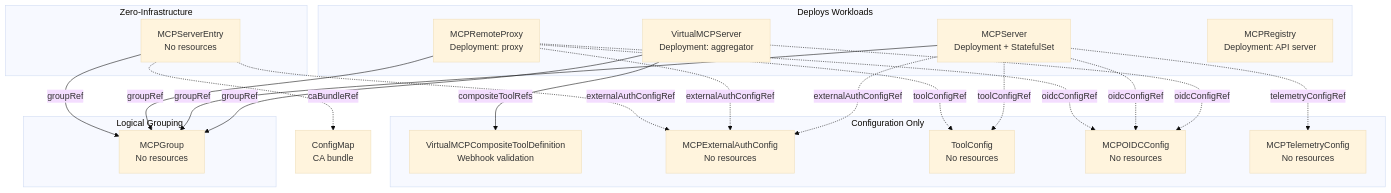
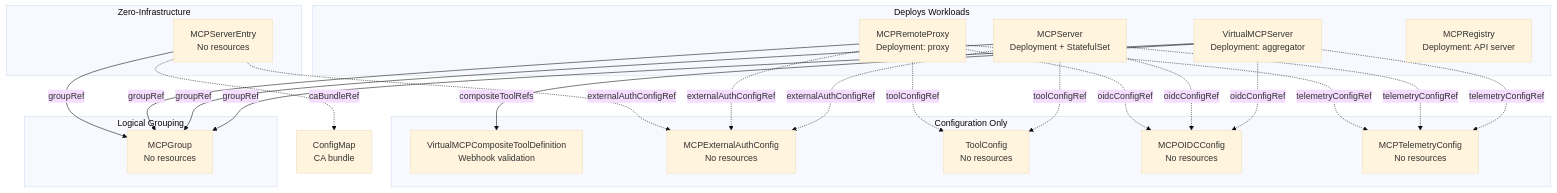
Before and after one commit to stacklok/toolhive: the second of 4 diagrams in docs/arch/09-operator-architecture.md, drawn with Mermaid (base theme). The commit also changed other lines of this file and 15 other files, not shown here.

First line of the commit message:
Address code review feedback for VirtualMCPServer TelemetryConfigRef

````diff
--- a/docs/arch/09-operator-architecture.md
+++ b/docs/arch/09-operator-architecture.md
@@ -104,44 +104,46 @@
 ```mermaid
 graph TB
     subgraph "Deploys Workloads"
         VMCP[VirtualMCPServer<br/>Deployment: aggregator]
         Server[MCPServer<br/>Deployment + StatefulSet]
         Proxy[MCPRemoteProxy<br/>Deployment: proxy]
         Registry[MCPRegistry<br/>Deployment: API server]
     end
 
     subgraph "Zero-Infrastructure"
         Entry[MCPServerEntry<br/>No resources]
     end
 
     subgraph "Logical Grouping"
         Group[MCPGroup<br/>No resources]
     end
 
     subgraph "Configuration Only"
         CTD[VirtualMCPCompositeToolDefinition<br/>Webhook validation]
         ExtAuth[MCPExternalAuthConfig<br/>No resources]
         ToolCfg[ToolConfig<br/>No resources]
         OIDCCfg[MCPOIDCConfig<br/>No resources]
         TelCfg[MCPTelemetryConfig<br/>No resources]
     end
 
     VMCP -->|groupRef| Group
     VMCP -->|compositeToolRefs| CTD
     VMCP -.->|oidcConfigRef| OIDCCfg
+    VMCP -.->|telemetryConfigRef| TelCfg
 
     Server -->|groupRef| Group
     Server -.->|externalAuthConfigRef| ExtAuth
     Server -.->|toolConfigRef| ToolCfg
     Server -.->|oidcConfigRef| OIDCCfg
     Server -.->|telemetryConfigRef| TelCfg
 
     Proxy -->|groupRef| Group
     Proxy -.->|externalAuthConfigRef| ExtAuth
     Proxy -.->|toolConfigRef| ToolCfg
     Proxy -.->|oidcConfigRef| OIDCCfg
+    Proxy -.->|telemetryConfigRef| TelCfg
 
     Entry -->|groupRef| Group
     Entry -.->|externalAuthConfigRef| ExtAuth
     Entry -.->|caBundleRef| ConfigMap[ConfigMap<br/>CA bundle]
 ```
````
